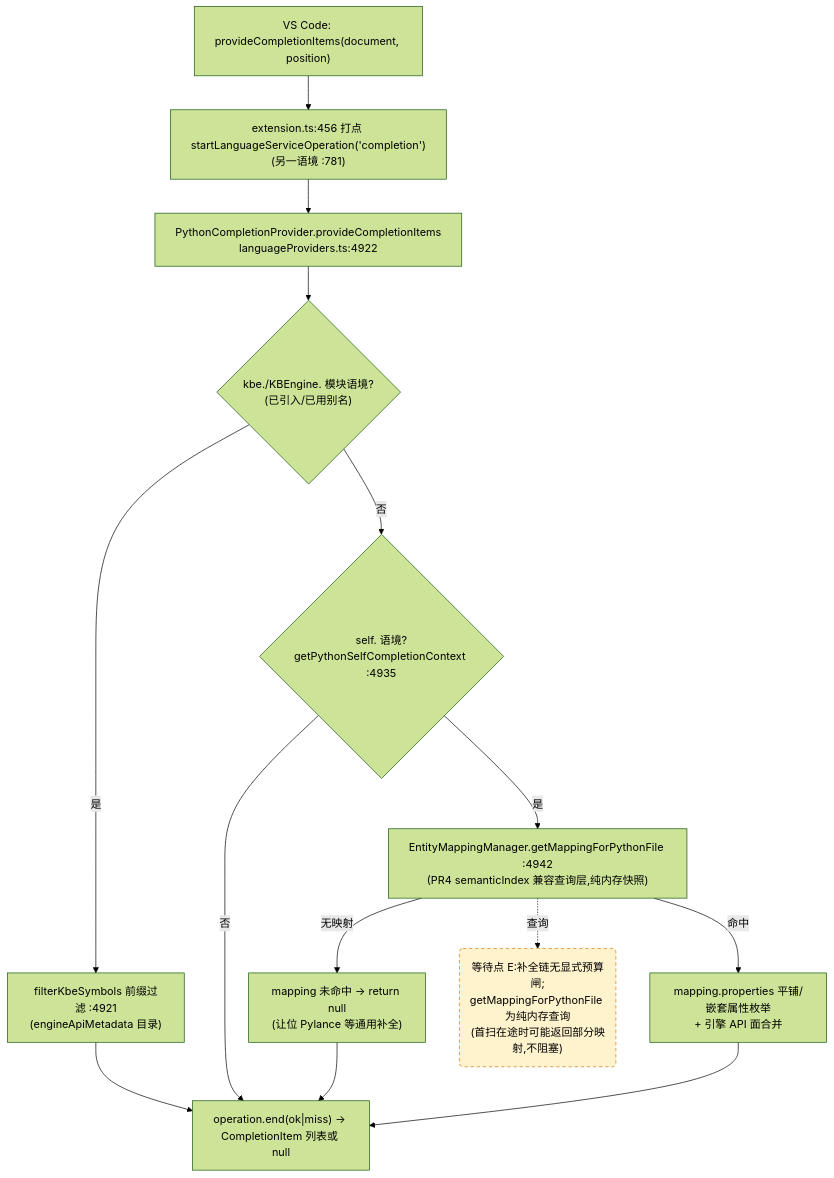
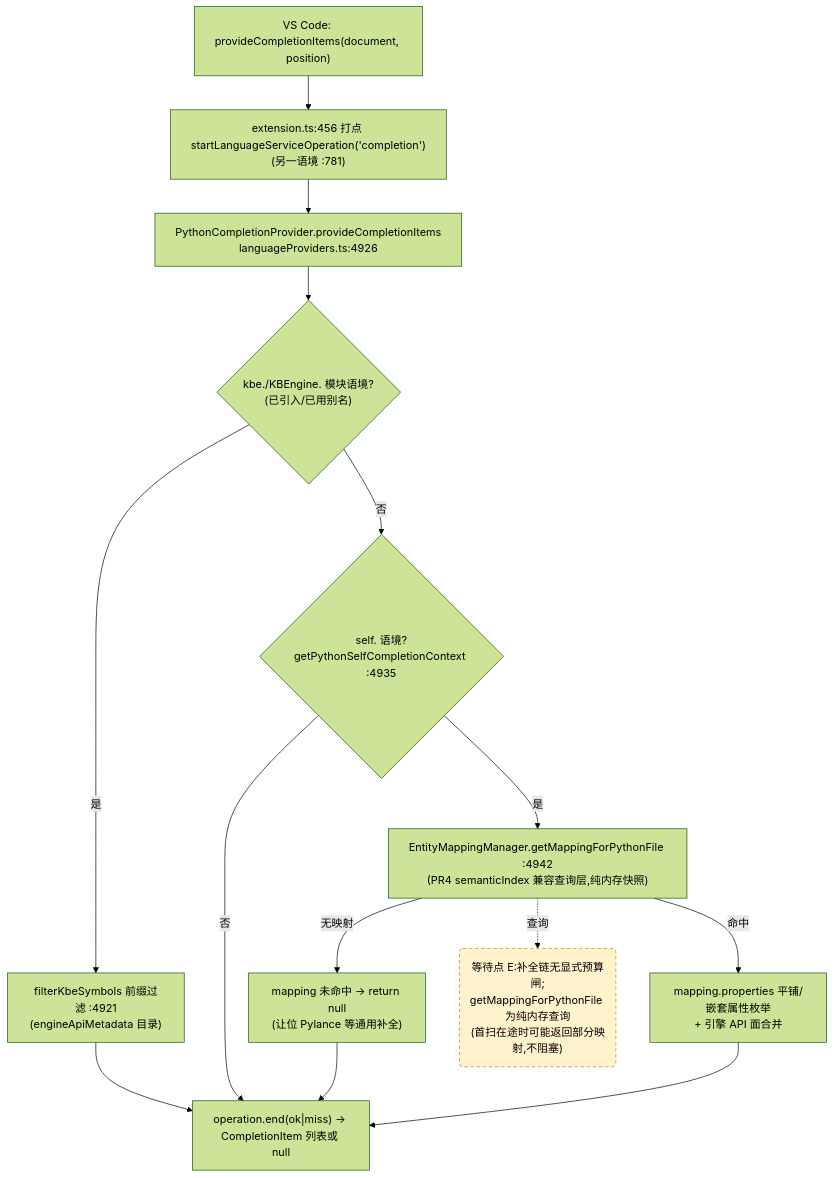
The third of 4 diagrams in docs/perf/2026-baseline.md (cuihairu/kode), drawn with Mermaid (forest theme) before and after one commit. The commit also changed 5 other files, not shown here.

````diff
--- a/docs/perf/2026-baseline.md
+++ b/docs/perf/2026-baseline.md
@@ -184,27 +184,27 @@
 ```mermaid
 flowchart TD
   VC3["VS Code: provideCompletionItems(document, position)"]
   M3["extension.ts:456 打点 startLanguageServiceOperation('completion')<br/>(另一语境 :781)"]
-  CP["PythonCompletionProvider.provideCompletionItems<br/>languageProviders.ts:4922"]
+  CP["PythonCompletionProvider.provideCompletionItems<br/>languageProviders.ts:4926"]
   KBEC{"kbe./KBEngine. 模块语境?<br/>(已引入/已用别名)"}
   FILTER["filterKbeSymbols 前缀过滤 :4921<br/>(engineApiMetadata 目录)"]
   SELFC{"self. 语境?<br/>getPythonSelfCompletionContext :4935"}
   MAP["EntityMappingManager.getMappingForPythonFile :4942<br/>(PR4 semanticIndex 兼容查询层,纯内存快照)"]
   NOMAP["mapping 未命中 → return null<br/>(让位 Pylance 等通用补全)"]
   PROPS["mapping.properties 平铺/嵌套属性枚举<br/>+ 引擎 API 面合并"]
   END3["operation.end(ok|miss) → CompletionItem 列表或 null"]
 
   VC3 --> M3 --> CP --> KBEC
   KBEC -- "是" --> FILTER --> END3
   KBEC -- "否" --> SELFC
   SELFC -- "否" --> END3
   SELFC -- "是" --> MAP
   MAP -- "无映射" --> NOMAP --> END3
   MAP -- "命中" --> PROPS --> END3
 
   WAITE("等待点 E:补全链无显式预算闸;<br/>getMappingForPythonFile 为纯内存查询<br/>(首扫在途时可能返回部分映射,不阻塞)")
   MAP -.->|查询| WAITE
 
   classDef waitPoint fill:#fff3cd,stroke:#d97706,stroke-dasharray:5 4;
   class WAITE waitPoint;
 ```
````
